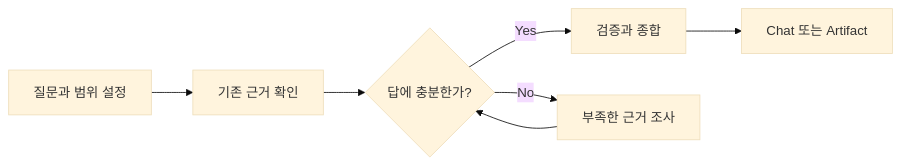
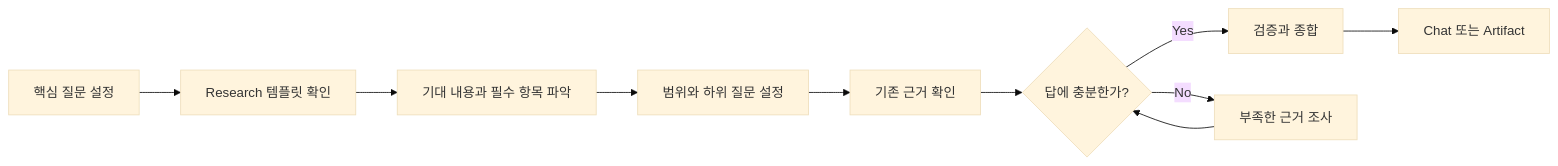
The diagram in .agents/skills/pivot-research/references/workflow.md (mols3131d/hmda-data-reliability), drawn with Mermaid (base theme) before and after one commit. The commit also changed other lines of this file, not shown here.

Commit message:
docs(research): make template discovery second step

````diff
--- a/.agents/skills/pivot-research/references/workflow.md
+++ b/.agents/skills/pivot-research/references/workflow.md
@@ -7,9 +7,12 @@
 ```mermaid
 flowchart LR
-    A[질문과 범위 설정] --> B[기존 근거 확인]
-    B --> C{답에 충분한가?}
-    C -- Yes --> D[검증과 종합]
-    C -- No --> E[부족한 근거 조사]
-    E --> C
-    D --> F[Chat 또는 Artifact]
+    A[핵심 질문 설정] --> B[Research 템플릿 확인]
+    B --> C[기대 내용과 필수 항목 파악]
+    C --> D[범위와 하위 질문 설정]
+    D --> E[기존 근거 확인]
+    E --> F{답에 충분한가?}
+    F -- Yes --> G[검증과 종합]
+    F -- No --> H[부족한 근거 조사]
+    H --> F
+    G --> I[Chat 또는 Artifact]
 ```
````
